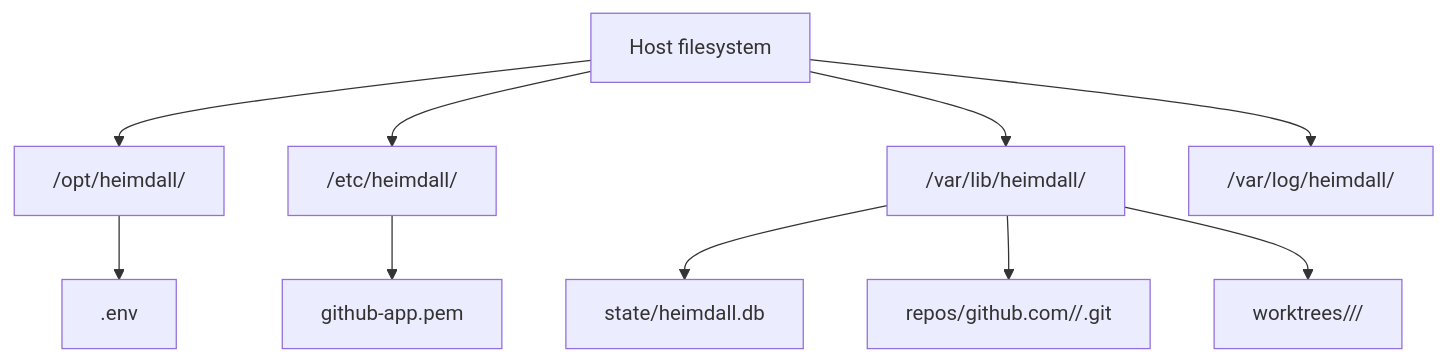
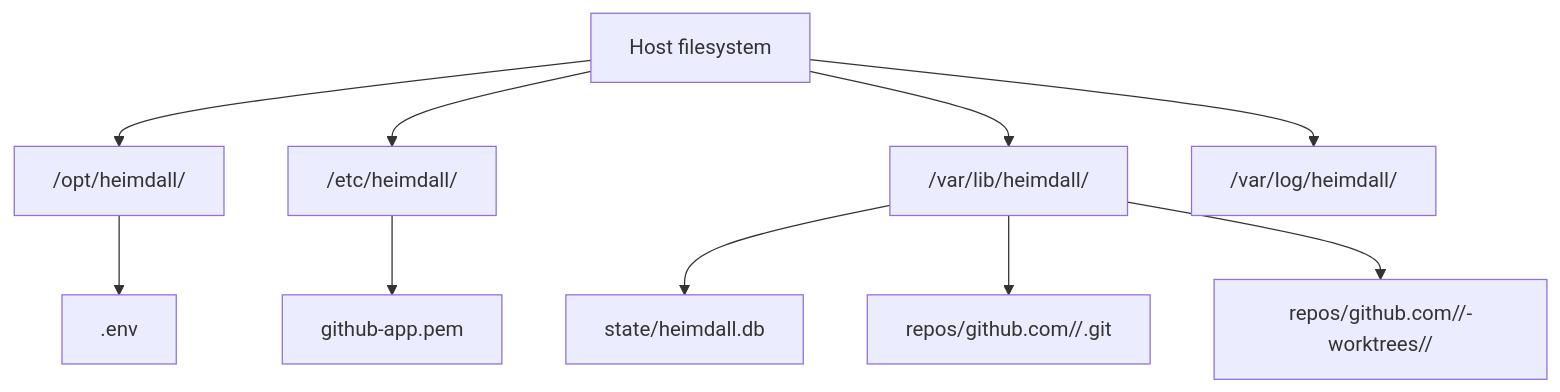
The diagram in docs/operations.md (mngeow/heimdall), drawn with Mermaid before and after one commit. The commit also changed other lines of this file and 26 other files, not shown here.

````diff
--- a/docs/operations.md
+++ b/docs/operations.md
@@ -31,12 +31,12 @@
 ```mermaid
 flowchart TB
     Host["Host filesystem"] --> Project["/opt/heimdall/"]
     Host --> Etc["/etc/heimdall/"]
     Host --> VarLib["/var/lib/heimdall/"]
     Host --> VarLog["/var/log/heimdall/"]
     Project --> Config[".env"]
     Etc --> Key["github-app.pem"]
     VarLib --> State["state/heimdall.db"]
     VarLib --> Repos["repos/github.com/<owner>/<repo>.git"]
-    VarLib --> Worktrees["worktrees/<provider>/<issue-key>/"]
+    VarLib --> Worktrees["repos/github.com/<owner>/<repo>-worktrees/<branch-name>/"]
 ```
````
